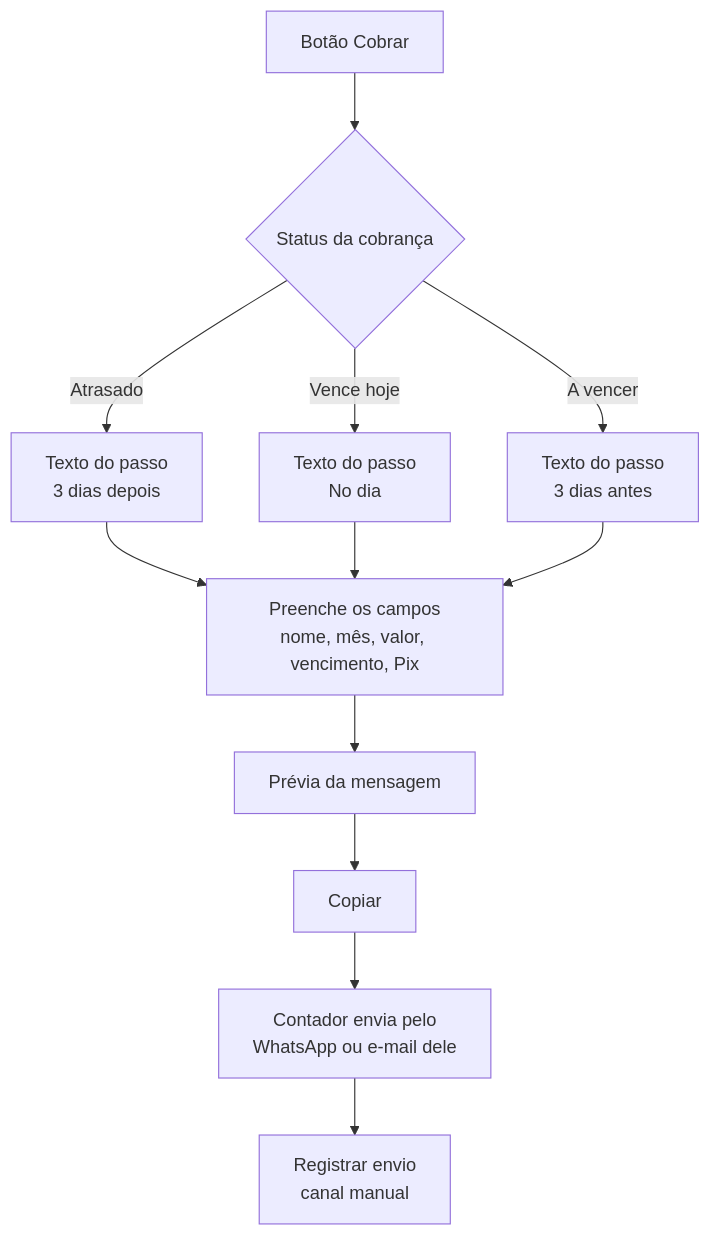
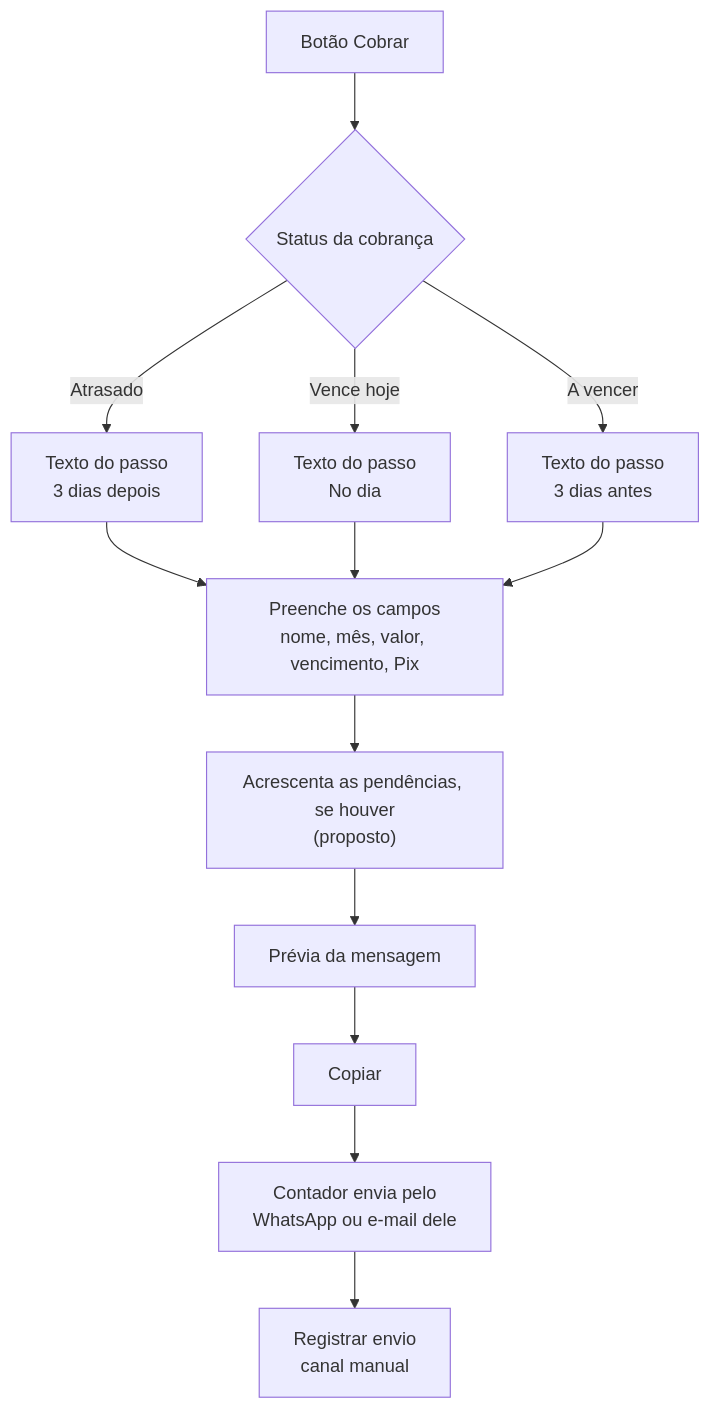
One commit to 77mdias/neximob changed the tenth of 19 diagrams in docs/Mapa de fluxo.md. Above: the diagram before and after it, drawn with Mermaid. The commit also changed other lines of this file and 6 other files, not shown here.

````diff
--- a/docs/Mapa de fluxo.md
+++ b/docs/Mapa de fluxo.md
@@ -231,14 +256,15 @@
 ```mermaid
 flowchart TD
     A["Botão Cobrar"] --> S{"Status da cobrança"}
     S -- "Atrasado" --> T3["Texto do passo<br/>3 dias depois"]
     S -- "Vence hoje" --> T0["Texto do passo<br/>No dia"]
     S -- "A vencer" --> TM["Texto do passo<br/>3 dias antes"]
     T3 --> P["Preenche os campos<br/>nome, mês, valor, vencimento, Pix"]
     T0 --> P
     TM --> P
-    P --> V["Prévia da mensagem"]
+    P --> PD["Acrescenta as pendências, se houver<br/>(proposto)"]
+    PD --> V["Prévia da mensagem"]
     V --> CP["Copiar"]
     CP --> EXT["Contador envia pelo<br/>WhatsApp ou e-mail dele"]
     EXT --> R["Registrar envio<br/>canal manual"]
 ```
````
